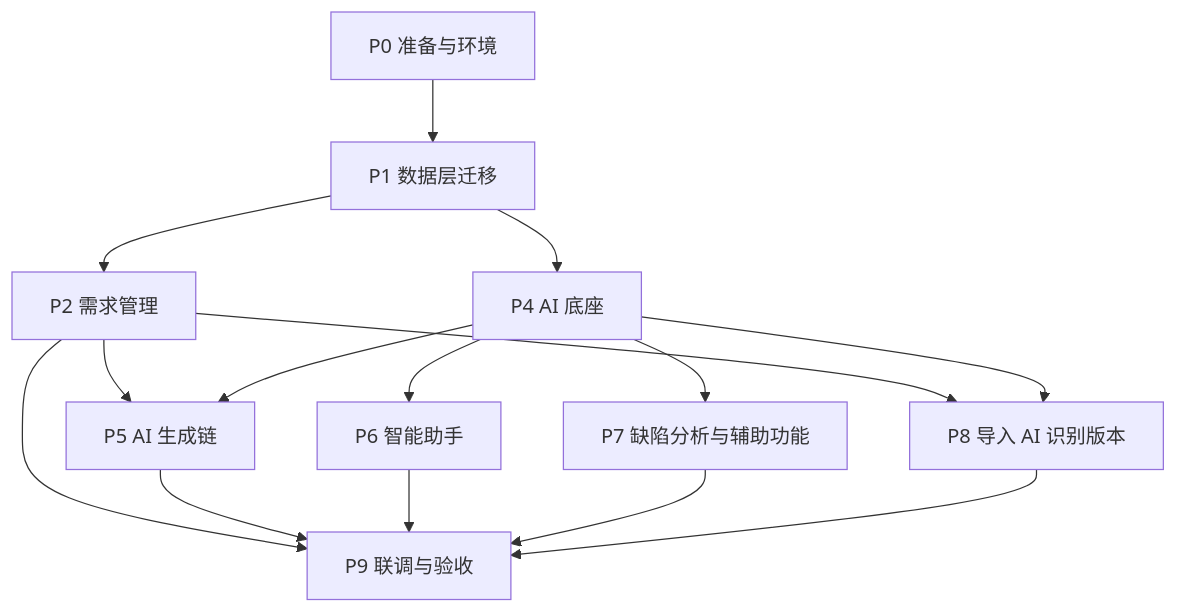
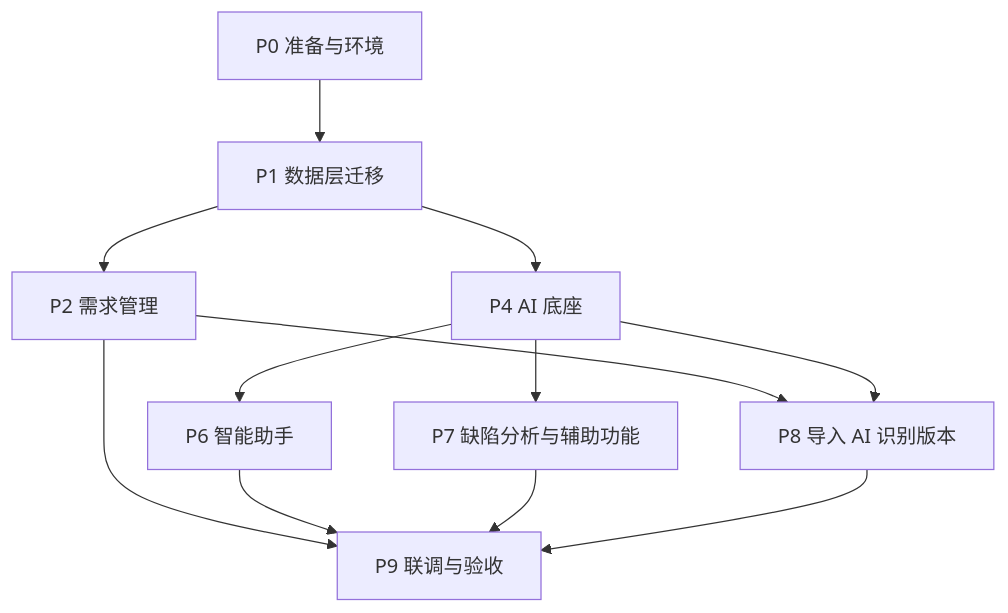
One commit to XiaoMiSum/robotest changed the diagram in docs/06-implementation-plan/02-ai-requirement-development-plan.md. Above: the diagram before and after it, drawn with Mermaid. The commit also changed other lines of this file and 23 other files, not shown here.

````diff
--- a/docs/06-implementation-plan/02-ai-requirement-development-plan.md
+++ b/docs/06-implementation-plan/02-ai-requirement-development-plan.md
@@ -84,17 +81,14 @@
 ```mermaid
 flowchart TD
   P0["P0 准备与环境"] --> P1["P1 数据层迁移"]
   P1 --> P2["P2 需求管理"]
   P1 --> P4["P4 AI 底座"]
-  P2 --> P5["P5 AI 生成链"]
-  P4 --> P5
   P4 --> P6["P6 智能助手"]
   P4 --> P7["P7 缺陷分析与辅助功能"]
   P2 --> P8["P8 导入 AI 识别版本"]
   P4 --> P8
   P2 --> P9["P9 联调与验收"]
-  P5 --> P9
   P6 --> P9
   P7 --> P9
   P8 --> P9
 ```
````
